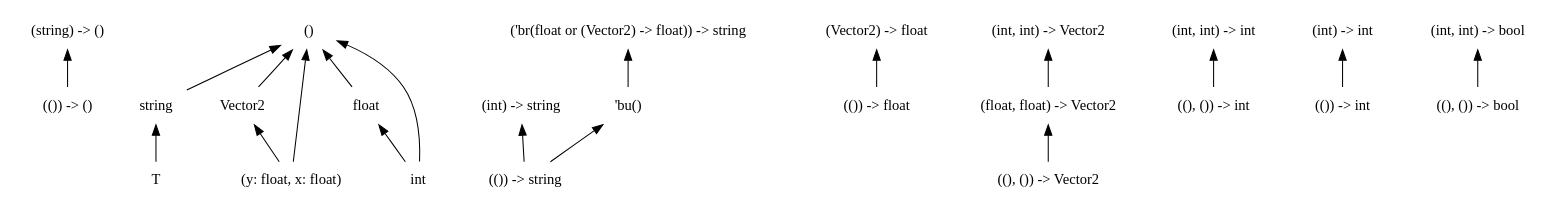
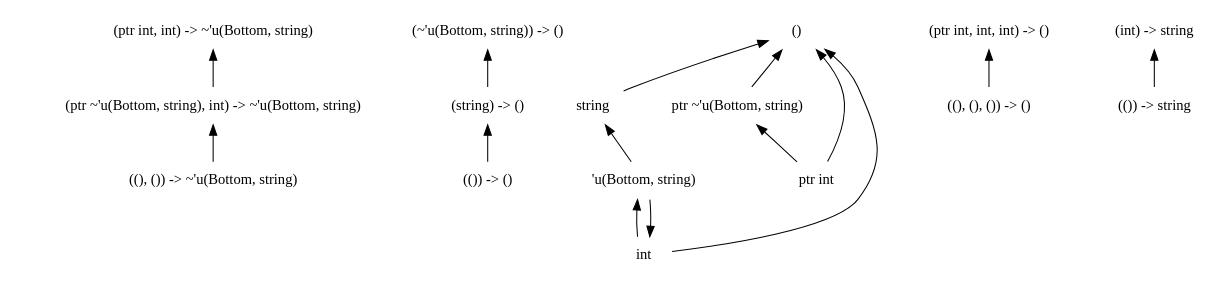
The diagram in dots/16.dot (chocobo333/regino), drawn with Graphviz before and after one commit. The commit also changed 48 other files, not shown here.

```diff
--- a/dots/16.dot
+++ b/dots/16.dot
@@ -1,53 +1,41 @@
 digraph order {
   graph [
     size = "30,10"
     ];
   node [
     shape = none
     ];
   edge [
     dir = back
     ];
+  "(ptr int, int) -> ~'u(Bottom, string)"
   "(string) -> ()"
   "(()) -> ()"
   "string"
-  "Vector2"
-  "'bu()"
-  "(()) -> float"
-  "T"
-  "('br(float or (Vector2) -> float)) -> string"
-  "((), ()) -> Vector2"
-  "(int, int) -> Vector2"
-  "((), ()) -> int"
-  "(int) -> int"
-  "(int, int) -> int"
+  "((), ()) -> ~'u(Bottom, string)"
+  "(ptr ~'u(Bottom, string), int) -> ~'u(Bottom, string)"
+  "'u(Bottom, string)"
+  "ptr ~'u(Bottom, string)"
+  "(ptr int, int, int) -> ()"
   "()"
-  "(int, int) -> bool"
-  "(float, float) -> Vector2"
+  "ptr int"
+  "((), (), ()) -> ()"
   "(()) -> string"
-  "(Vector2) -> float"
-  "(y: float, x: float)"
+  "(~'u(Bottom, string)) -> ()"
   "(int) -> string"
-  "float"
-  "(()) -> int"
   "int"
-  "((), ()) -> bool"
+  "(ptr int, int) -> ~'u(Bottom, string)" -> "(ptr ~'u(Bottom, string), int) -> ~'u(Bottom, string)"
   "(string) -> ()" -> "(()) -> ()"
-  "string" -> "T"
-  "Vector2" -> "(y: float, x: float)"
-  "'bu()" -> "(()) -> string"
-  "('br(float or (Vector2) -> float)) -> string" -> "'bu()"
-  "(int, int) -> Vector2" -> "(float, float) -> Vector2"
-  "(int) -> int" -> "(()) -> int"
-  "(int, int) -> int" -> "((), ()) -> int"
+  "string" -> "'u(Bottom, string)"
+  "(~'u(Bottom, string)) -> ()" -> "(string) -> ()"
+  "(ptr ~'u(Bottom, string), int) -> ~'u(Bottom, string)" -> "((), ()) -> ~'u(Bottom, string)"
+  "(int) -> string" -> "(()) -> string"
+  "'u(Bottom, string)" -> "int"
+  "ptr ~'u(Bottom, string)" -> "ptr int"
+  "(ptr int, int, int) -> ()" -> "((), (), ()) -> ()"
+  "int" -> "'u(Bottom, string)"
   "()" -> "string"
-  "()" -> "Vector2"
-  "()" -> "(y: float, x: float)"
-  "()" -> "float"
+  "()" -> "ptr ~'u(Bottom, string)"
   "()" -> "int"
-  "(int, int) -> bool" -> "((), ()) -> bool"
-  "(float, float) -> Vector2" -> "((), ()) -> Vector2"
-  "(Vector2) -> float" -> "(()) -> float"
-  "(int) -> string" -> "(()) -> string"
-  "float" -> "int"
+  "()" -> "ptr int"
 }
```
